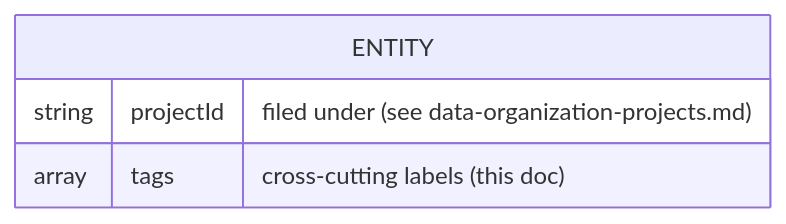
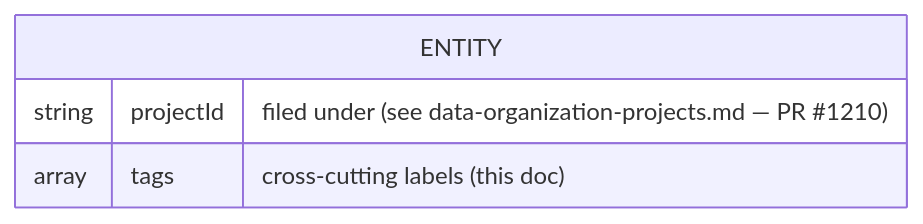
One commit to Gile987/scope changed the first of 3 diagrams in docs/architecture/data-tags.md. Above: the diagram before and after it, drawn with Mermaid. The commit also changed other lines of this file, not shown here.

First line of the commit message:
docs(data-tags): fix broken links, wrong auth-rbac link, and task-prompt contradiction

````diff
--- a/docs/architecture/data-tags.md
+++ b/docs/architecture/data-tags.md
@@ -63,7 +63,7 @@
 ```mermaid
 erDiagram
     ENTITY {
-        string   projectId "filed under (see data-organization-projects.md)"
+        string   projectId "filed under (see data-organization-projects.md — PR #1210)"
         array    tags "cross-cutting labels (this doc)"
     }
 ```
````
